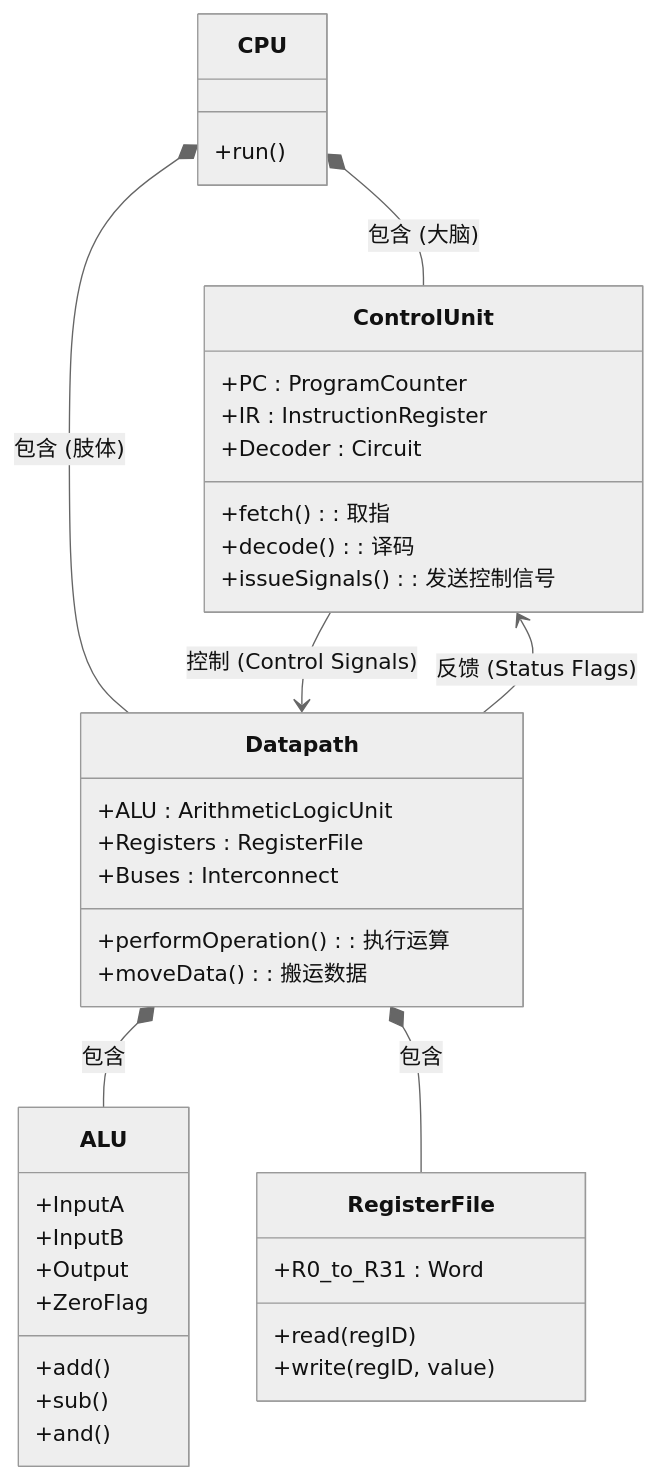
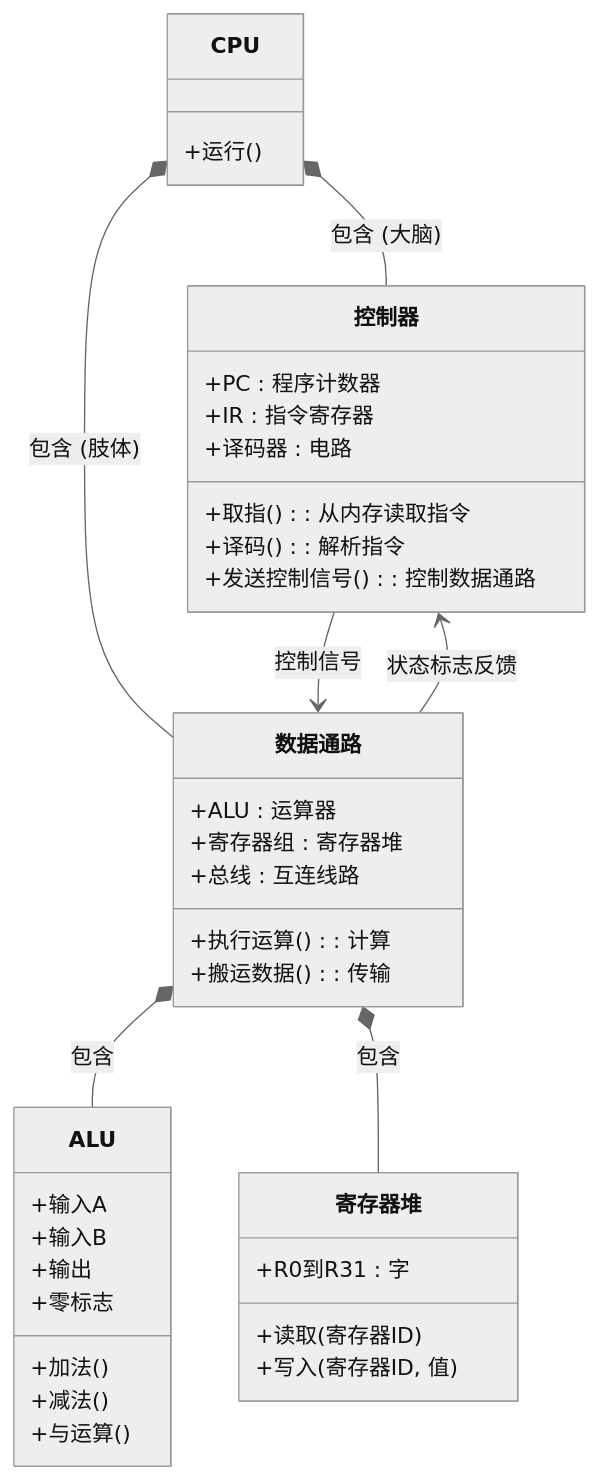
The diagram in 计算机组成原理/1-核心笔记/精简版/13-CPU结构.md (laoliu-463/-11), drawn with Mermaid (neutral theme) before and after one commit. The commit also changed 6 other files, not shown here.

````diff
--- a/计算机组成原理/1-核心笔记/精简版/13-CPU结构.md
+++ b/计算机组成原理/1-核心笔记/精简版/13-CPU结构.md
@@ -12,54 +12,54 @@
 ```mermaid
 classDiagram
     %% 定义 CPU 整体
     class CPU {
-        +run()
+        +运行()
     }
 
     %% 定义大脑：控制器
-    class ControlUnit {
-        +PC : ProgramCounter
-        +IR : InstructionRegister
-        +Decoder : Circuit
-        +fetch() : 取指
-        +decode() : 译码
-        +issueSignals() : 发送控制信号
+    class 控制器 {
+        +PC : 程序计数器
+        +IR : 指令寄存器
+        +译码器 : 电路
+        +取指() : 从内存读取指令
+        +译码() : 解析指令
+        +发送控制信号() : 控制数据通路
     }
 
     %% 定义肢体：数据通路
-    class Datapath {
-        +ALU : ArithmeticLogicUnit
-        +Registers : RegisterFile
-        +Buses : Interconnect
-        +performOperation() : 执行运算
-        +moveData() : 搬运数据
+    class 数据通路 {
+        +ALU : 运算器
+        +寄存器组 : 寄存器堆
+        +总线 : 互连线路
+        +执行运算() : 计算
+        +搬运数据() : 传输
     }
 
     %% 定义运算单元
     class ALU {
-        +InputA
-        +InputB
-        +Output
-        +ZeroFlag
-        +add()
-        +sub()
-        +and()
+        +输入A
+        +输入B
+        +输出
+        +零标志
+        +加法()
+        +减法()
+        +与运算()
     }
 
     %% 定义寄存器堆
-    class RegisterFile {
-        +R0_to_R31 : Word
-        +read(regID)
-        +write(regID, value)
+    class 寄存器堆 {
+        +R0到R31 : 字
+        +读取(寄存器ID)
+        +写入(寄存器ID, 值)
     }
 
     %% 关系描述
-    CPU *-- ControlUnit : 包含 (大脑)
-    CPU *-- Datapath : 包含 (肢体)
+    CPU *-- 控制器 : 包含 (大脑)
+    CPU *-- 数据通路 : 包含 (肢体)
     
-    ControlUnit --> Datapath : 控制 (Control Signals)
-    Datapath --> ControlUnit : 反馈 (Status Flags)
+    控制器 --> 数据通路 : 控制信号
+    数据通路 --> 控制器 : 状态标志反馈
     
-    Datapath *-- ALU : 包含
-    Datapath *-- RegisterFile : 包含
+    数据通路 *-- ALU : 包含
+    数据通路 *-- 寄存器堆 : 包含
 ```
````
